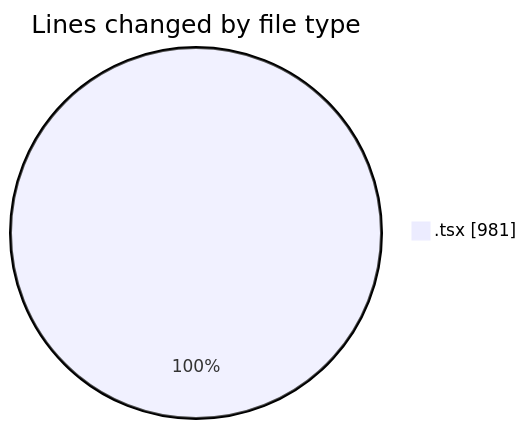
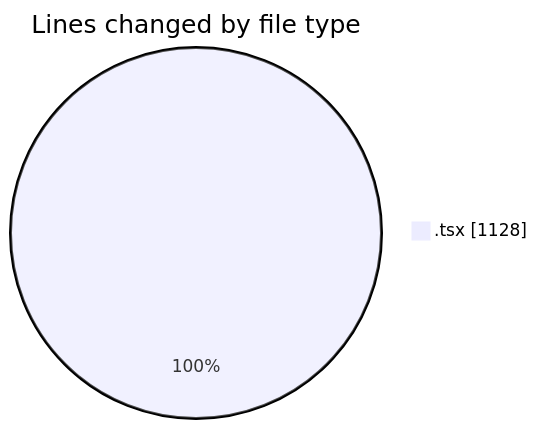
One commit to JenPaints/code-tracking changed the first of 2 diagrams in 2025-05-29/kimberly-groups/README.md. Above: the diagram before and after it, drawn with Mermaid. The commit also changed other lines of this file and 1 other file, not shown here.

````diff
--- a/2025-05-29/kimberly-groups/README.md
+++ b/2025-05-29/kimberly-groups/README.md
@@ -22,5 +22,5 @@
 ```mermaid
 pie showData
 title Lines changed by file type
-".tsx" : 981
+".tsx" : 1128
 ```
````
